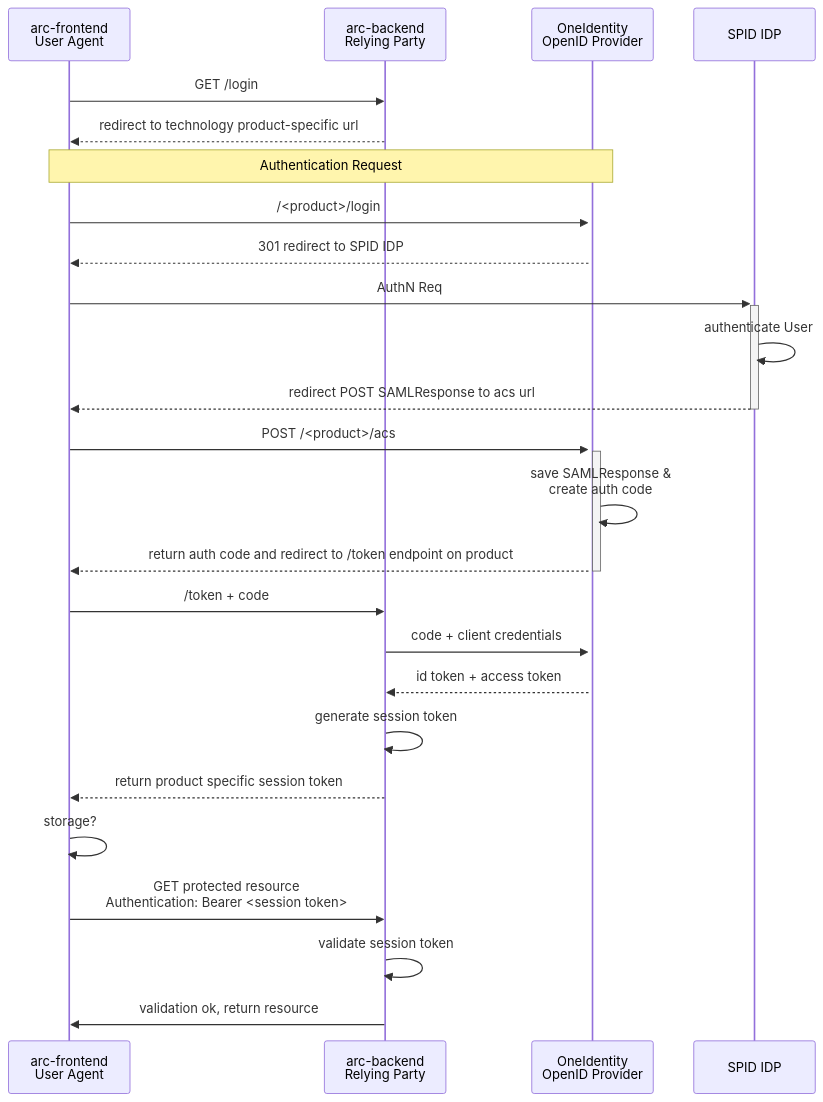
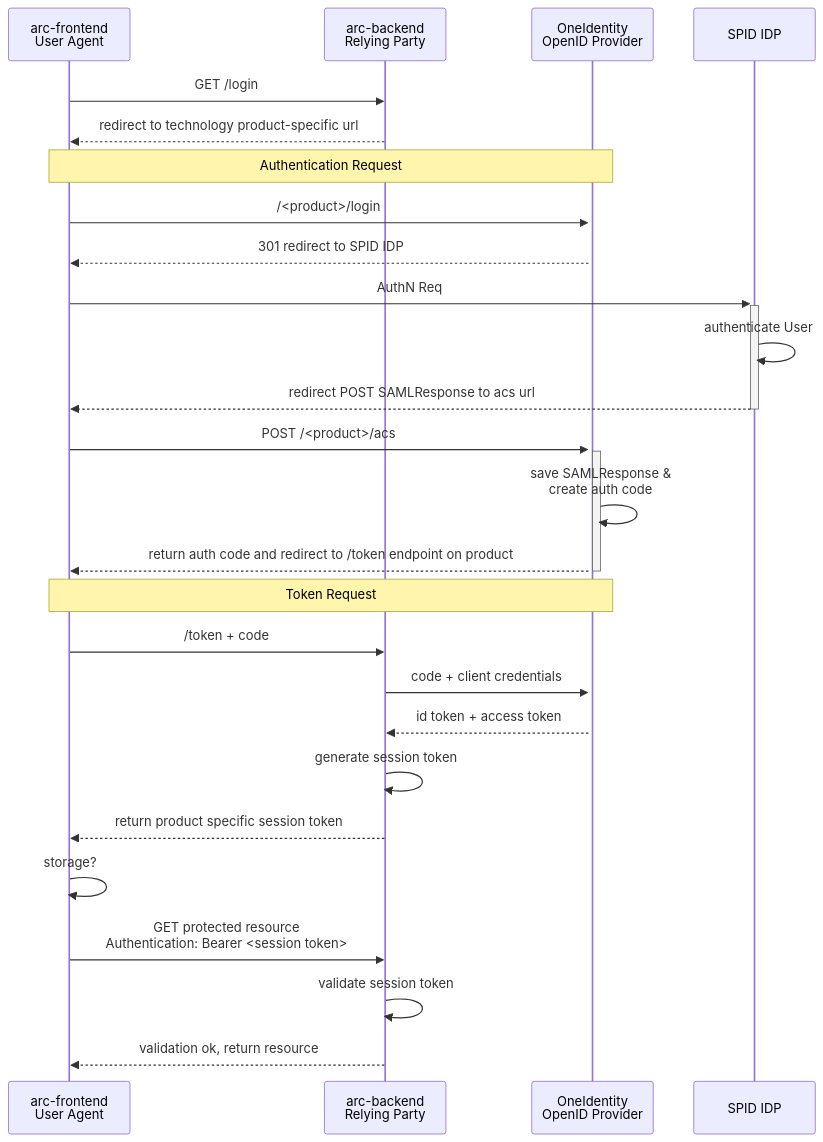
Before and after one commit to pagopa/p4pa-doc: the diagram in design/auth/oneidentity.mmd, drawn with Mermaid.

```diff
--- a/design/auth/oneidentity.mmd
+++ b/design/auth/oneidentity.mmd
@@ -1,25 +1,26 @@
 sequenceDiagram
     participant UA as arc-frontend<br>User Agent
     participant RP as arc-backend<br>Relying Party
     participant AS as OneIdentity<br>OpenID Provider
     participant IDP as SPID IDP
     UA->> RP: GET /login
     RP -->> UA: redirect to technology product-specific url
     Note over UA,AS: Authentication Request
     UA ->>+ AS: /<product>/login
     AS -->> UA: 301 redirect to SPID IDP
     UA ->>+ IDP: AuthN Req
     IDP ->> IDP: authenticate User
     IDP -->>- UA: redirect POST SAMLResponse to acs url
     UA ->>+ AS: POST /<product>/acs
     AS ->> AS: save SAMLResponse &<br> create auth code
     AS -->>- UA: return auth code and redirect to /token endpoint on product
+    Note over UA,AS: Token Request
     UA ->> RP: /token + code
     RP ->> AS: code + client credentials
     AS -->> RP: id token + access token 
     RP ->> RP: generate session token
     RP -->> UA: return product specific session token
     UA ->> UA: storage?
     UA ->> RP: GET protected resource<br>Authentication: Bearer <session token>
     RP ->> RP: validate session token
-    RP ->> UA: validation ok, return resource
+    RP -->> UA: validation ok, return resource
```
